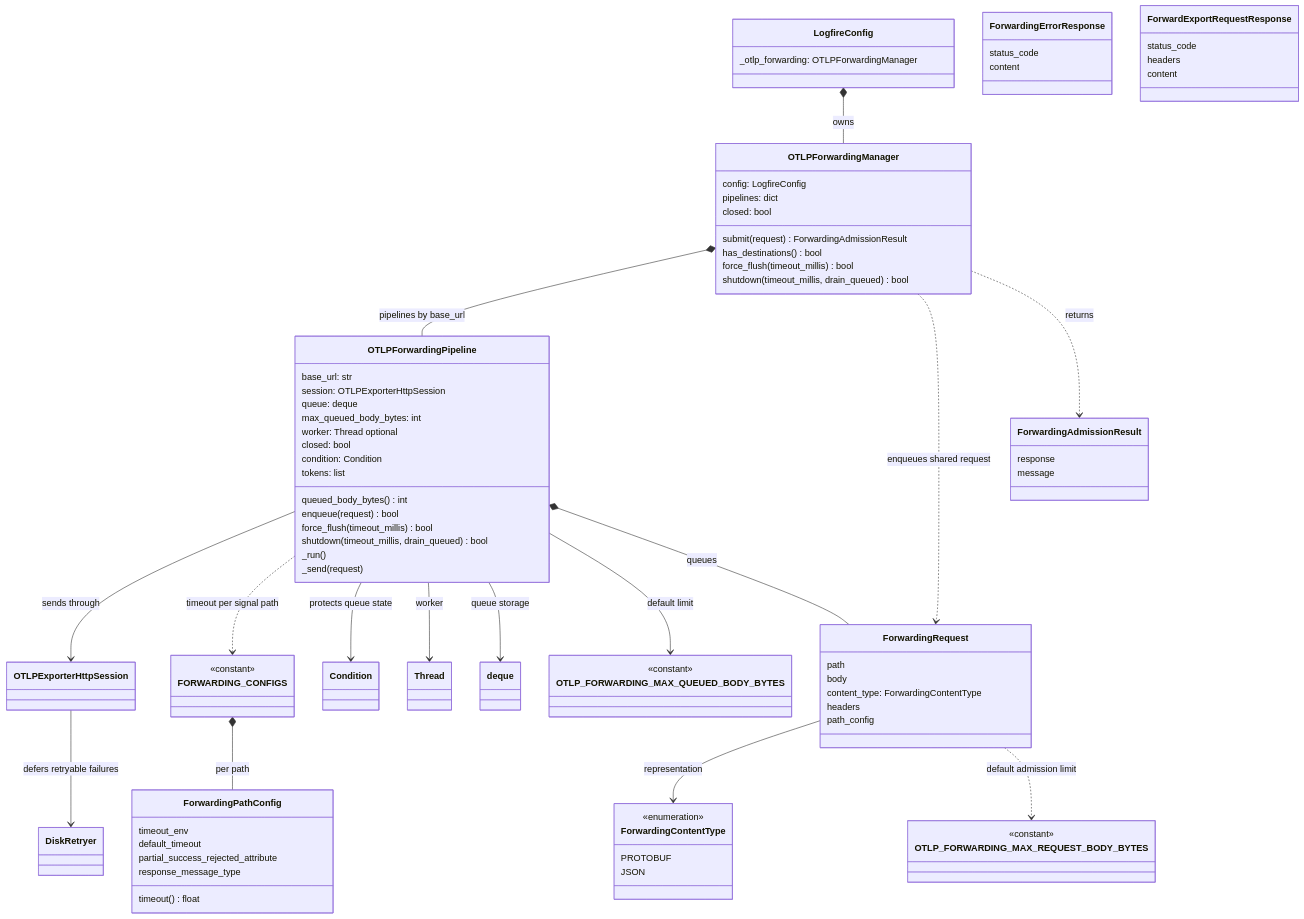
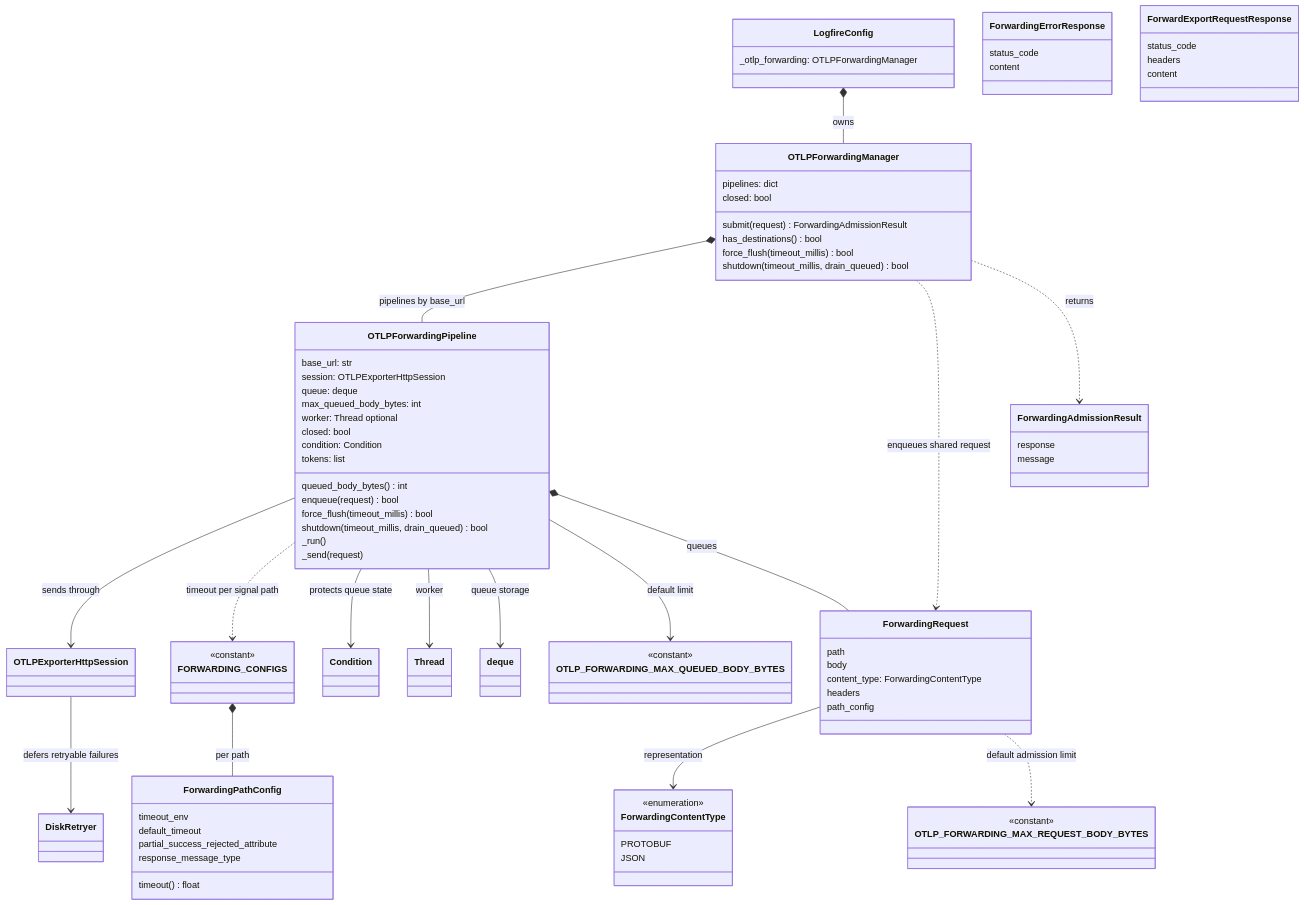
One commit to pydantic/logfire changed the third of 5 diagrams in specs/browser-telemetry-forwarding-first-pass/diagrams.md. Above: the diagram before and after it, drawn with Mermaid. The commit also changed 5 other files, not shown here.

```diff
--- a/specs/browser-telemetry-forwarding-first-pass/diagrams.md
+++ b/specs/browser-telemetry-forwarding-first-pass/diagrams.md
@@ -72,7 +72,6 @@
     }
 
     class OTLPForwardingManager {
-        config: LogfireConfig
         pipelines: dict
         closed: bool
         submit(request) ForwardingAdmissionResult
```
